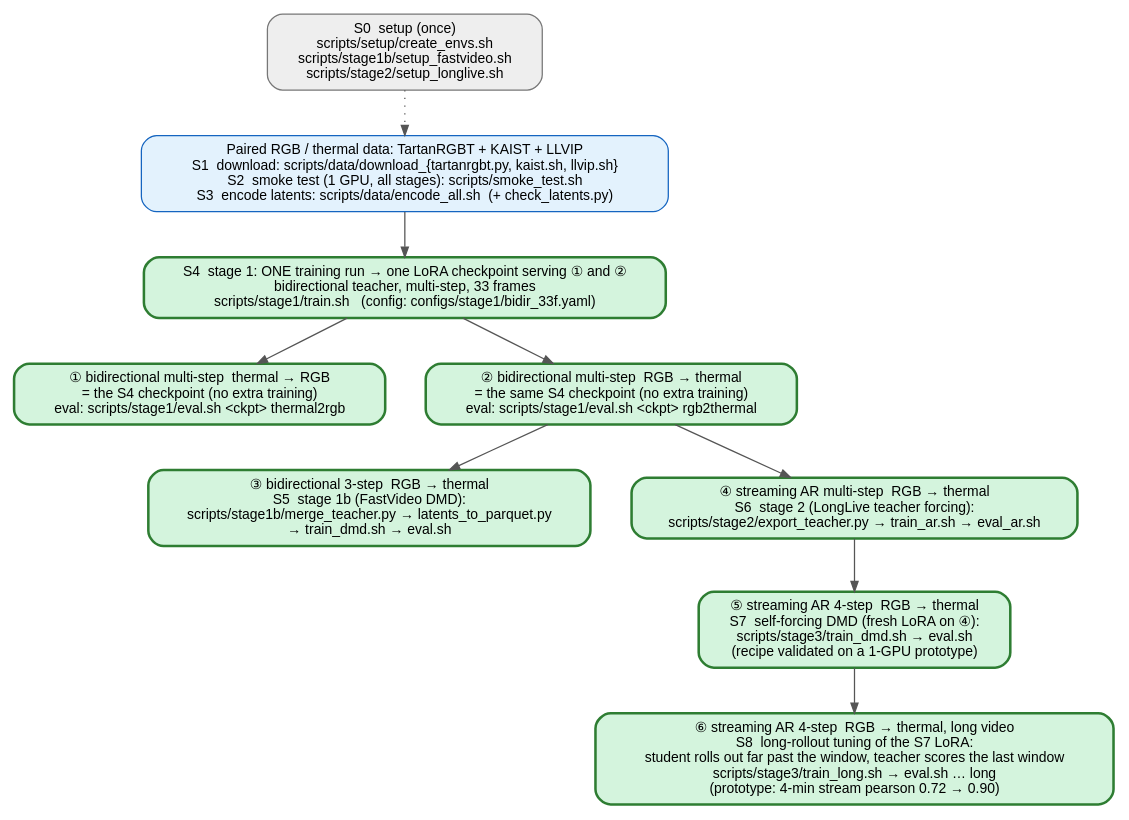
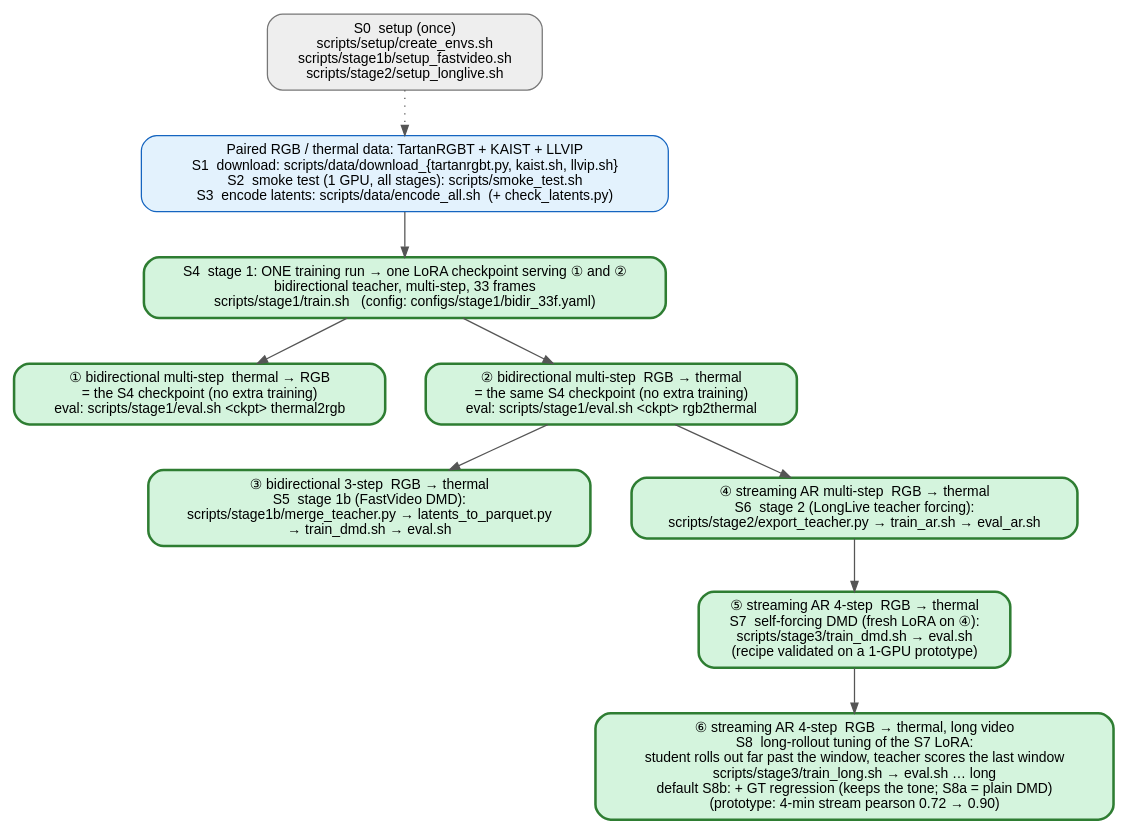
Before and after one commit to Greenery-S/thermal_v2v: the diagram in assets/model_tree.dot, drawn with Graphviz. The commit also changed 21 other files, not shown here.

First line of the commit message:
S8b (DMD + GT regression) as the recommended default for model ⑥; review fixes

```diff
--- a/assets/model_tree.dot
+++ b/assets/model_tree.dot
@@ -1,16 +1,16 @@
 digraph G {
   rankdir=TB; nodesep=0.45; ranksep=0.5; bgcolor="white";
   node [shape=box, style="rounded,filled", fontname="Helvetica", fontsize=11, margin="0.16,0.08"];
   edge [color="#555555", arrowsize=0.8];
   S0  [label="S0  setup (once)\nscripts/setup/create_envs.sh\nscripts/stage1b/setup_fastvideo.sh\nscripts/stage2/setup_longlive.sh", fillcolor="#eeeeee", color="#777777"];
   D   [label="Paired RGB / thermal data: TartanRGBT + KAIST + LLVIP\nS1  download: scripts/data/download_{tartanrgbt.py, kaist.sh, llvip.sh}\nS2  smoke test (1 GPU, all stages): scripts/smoke_test.sh\nS3  encode latents: scripts/data/encode_all.sh  (+ check_latents.py)", fillcolor="#e3f2fd", color="#1565c0"];
   B   [label="S4  stage 1: ONE training run → one LoRA checkpoint serving ① and ②\nbidirectional teacher, multi-step, 33 frames\nscripts/stage1/train.sh   (config: configs/stage1/bidir_33f.yaml)", fillcolor="#d4f4dd", color="#2e7d32", penwidth=2];
   T2R [label="① bidirectional multi-step  thermal → RGB\n= the S4 checkpoint (no extra training)\neval: scripts/stage1/eval.sh <ckpt> thermal2rgb", fillcolor="#d4f4dd", color="#2e7d32", penwidth=2];
   R2T [label="② bidirectional multi-step  RGB → thermal\n= the same S4 checkpoint (no extra training)\neval: scripts/stage1/eval.sh <ckpt> rgb2thermal", fillcolor="#d4f4dd", color="#2e7d32", penwidth=2];
   FS  [label="③ bidirectional 3-step  RGB → thermal\nS5  stage 1b (FastVideo DMD):\nscripts/stage1b/merge_teacher.py → latents_to_parquet.py\n→ train_dmd.sh → eval.sh", fillcolor="#d4f4dd", color="#2e7d32", penwidth=2];
   AR  [label="④ streaming AR multi-step  RGB → thermal\nS6  stage 2 (LongLive teacher forcing):\nscripts/stage2/export_teacher.py → train_ar.sh → eval_ar.sh", fillcolor="#d4f4dd", color="#2e7d32", penwidth=2];
   SF  [label="⑤ streaming AR 4-step  RGB → thermal\nS7  self-forcing DMD (fresh LoRA on ④):\nscripts/stage3/train_dmd.sh → eval.sh\n(recipe validated on a 1-GPU prototype)", fillcolor="#d4f4dd", color="#2e7d32", penwidth=2];
-  LR  [label="⑥ streaming AR 4-step  RGB → thermal, long video\nS8  long-rollout tuning of the S7 LoRA:\nstudent rolls out far past the window, teacher scores the last window\nscripts/stage3/train_long.sh → eval.sh … long\n(prototype: 4-min stream pearson 0.72 → 0.90)", fillcolor="#d4f4dd", color="#2e7d32", penwidth=2];
+  LR  [label="⑥ streaming AR 4-step  RGB → thermal, long video\nS8  long-rollout tuning of the S7 LoRA:\nstudent rolls out far past the window, teacher scores the last window\nscripts/stage3/train_long.sh → eval.sh … long\ndefault S8b: + GT regression (keeps the tone; S8a = plain DMD)\n(prototype: 4-min stream pearson 0.72 → 0.90)", fillcolor="#d4f4dd", color="#2e7d32", penwidth=2];
   S0 -> D [style=dotted]; D -> B; B -> T2R; B -> R2T; R2T -> FS; R2T -> AR;
   AR -> SF; SF -> LR;
 }
```
